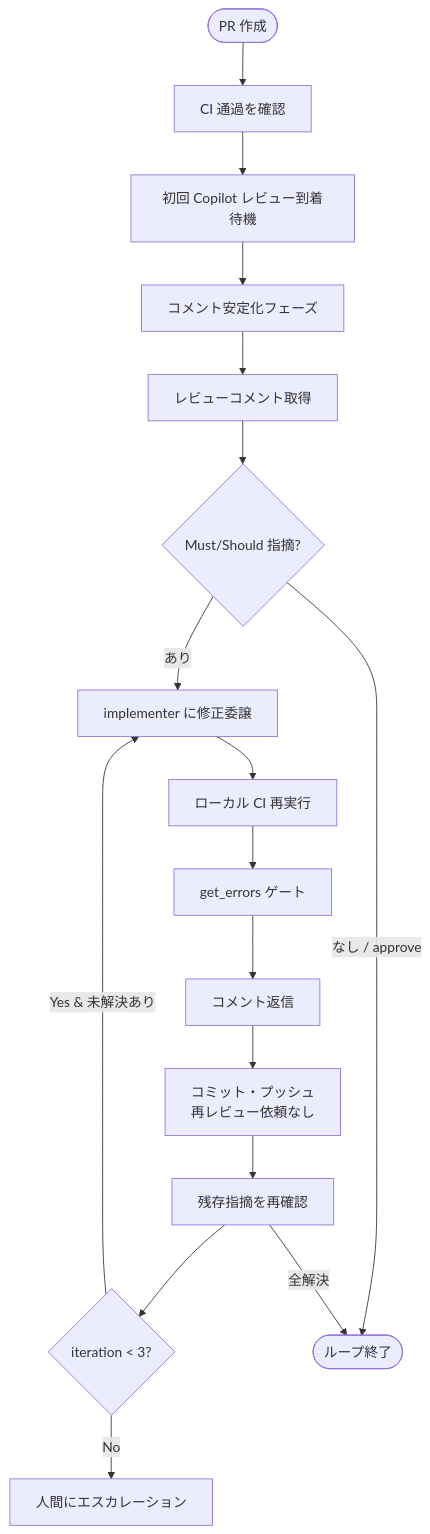
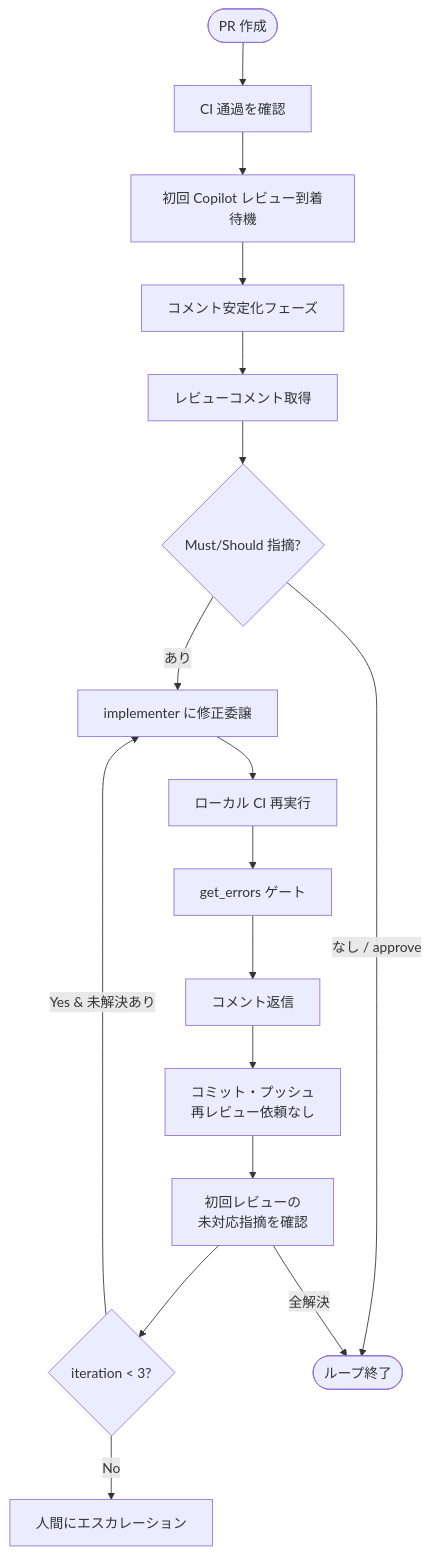
One commit to KosGit-ti/dev-orchestration-template changed the fourth of 4 diagrams in docs/orchestration.md. Above: the diagram before and after it, drawn with Mermaid. The commit also changed 2 other files, not shown here.

Commit message:
fix: ループ内の表現を明確化 — 「初回レビューの未対応コメント」に統一

````diff
--- a/docs/orchestration.md
+++ b/docs/orchestration.md
@@ -380,19 +380,19 @@
 ```mermaid
 flowchart TD
     Start([PR 作成]) --> WaitCI[CI 通過を確認]
     WaitCI --> WaitReview[初回 Copilot レビュー到着待機]
     WaitReview --> Stable[コメント安定化フェーズ]
     Stable --> GetComments[レビューコメント取得]
     GetComments --> Classify{Must/Should 指摘?}
     Classify -->|あり| Fix[implementer に修正委譲]
     Fix --> LocalCI[ローカル CI 再実行]
     LocalCI --> IDECheck[get_errors ゲート]
     IDECheck --> Reply[コメント返信]
     Reply --> Push[コミット・プッシュ<br/>再レビュー依頼なし]
-    Push --> Recheck[残存指摘を再確認]
+    Push --> Recheck[初回レビューの<br/>未対応指摘を確認]
     Recheck --> Inc{iteration < 3?}
     Inc -->|Yes & 未解決あり| Fix
     Inc -->|No| Escalate[人間にエスカレーション]
     Classify -->|なし / approve| Done([ループ終了])
     Recheck -->|全解決| Done
 ```
````
